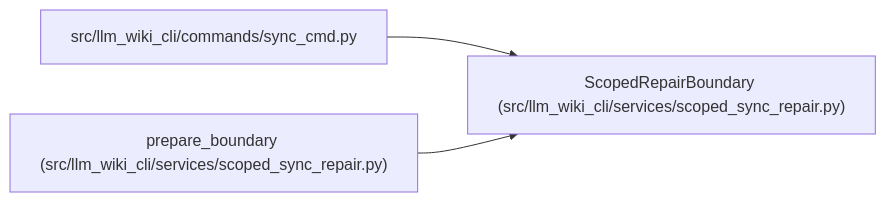
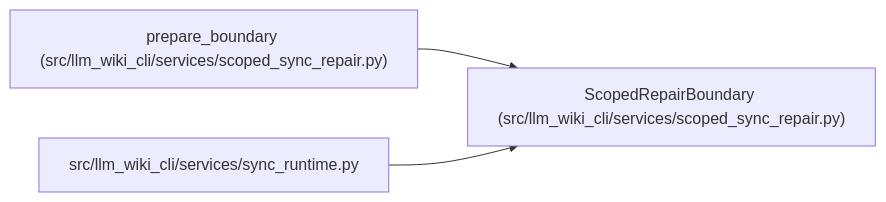
Before and after one commit to Denissvgn/python-wiki-llm: the diagram in docs/llm_wiki/entities/ScopedRepairBoundary.md, drawn with Mermaid. The commit also changed other lines of this file and 1555 other files, not shown here.

````diff
--- a/docs/llm_wiki/entities/ScopedRepairBoundary.md
+++ b/docs/llm_wiki/entities/ScopedRepairBoundary.md
@@ -43,11 +43,11 @@
 ```mermaid
 flowchart LR
     n0["ScopedRepairBoundary (src/llm_wiki_cli/services/scoped_sync_repair.py)"]
-    n1["src/llm_wiki_cli/commands/sync_cmd.py"]
-    n2["prepare_boundary (src/llm_wiki_cli/services/scoped_sync_repair.py)"]
+    n1["prepare_boundary (src/llm_wiki_cli/services/scoped_sync_repair.py)"]
+    n2["src/llm_wiki_cli/services/sync_runtime.py"]
     n1 --> n0
     n2 --> n0
     click n0 "../modules/scoped_sync_repair.md"
-    click n1 "../modules/sync_cmd.md"
-    click n2 "../modules/scoped_sync_repair.md"
+    click n1 "../modules/scoped_sync_repair.md"
+    click n2 "../modules/sync_runtime.md"
 ```
````
